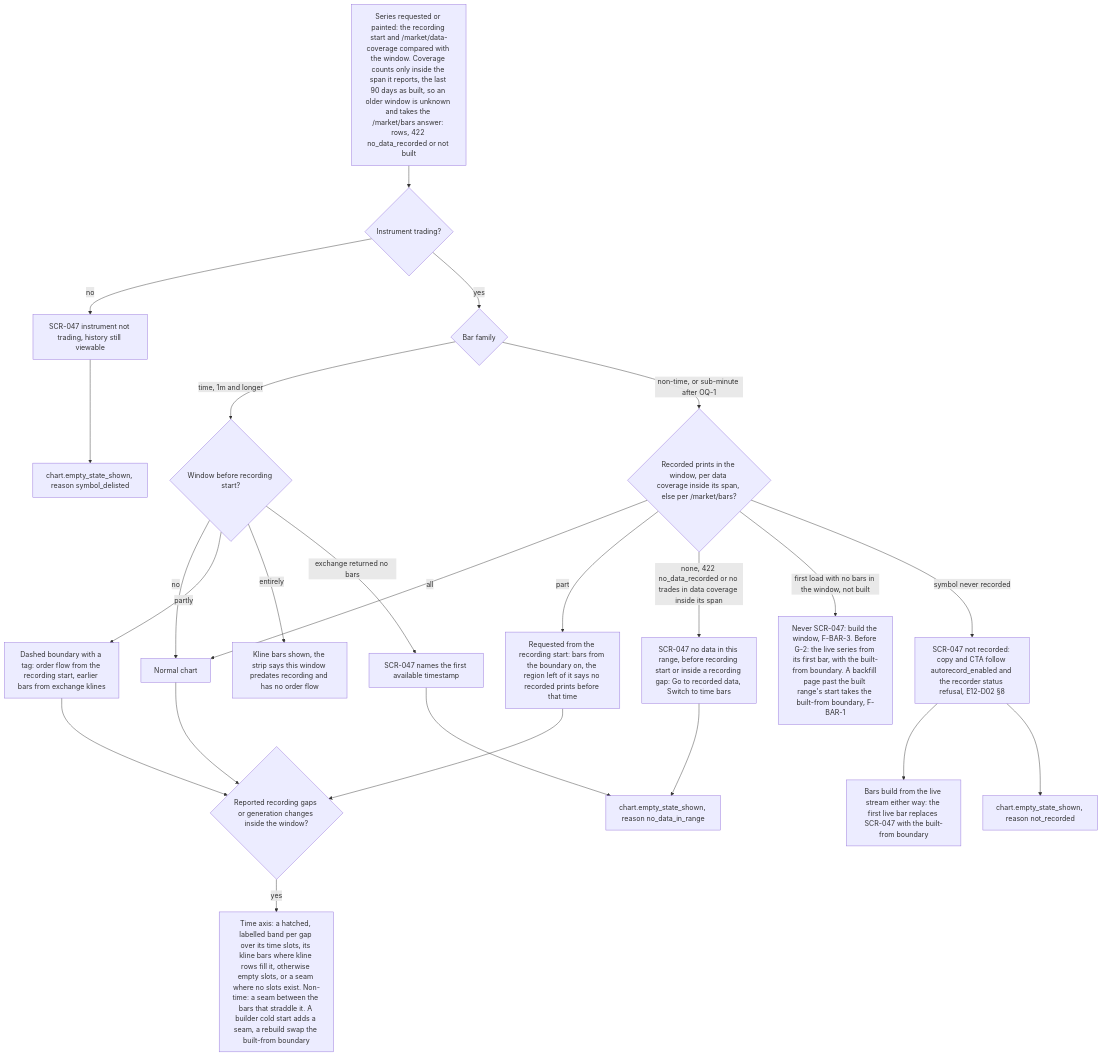
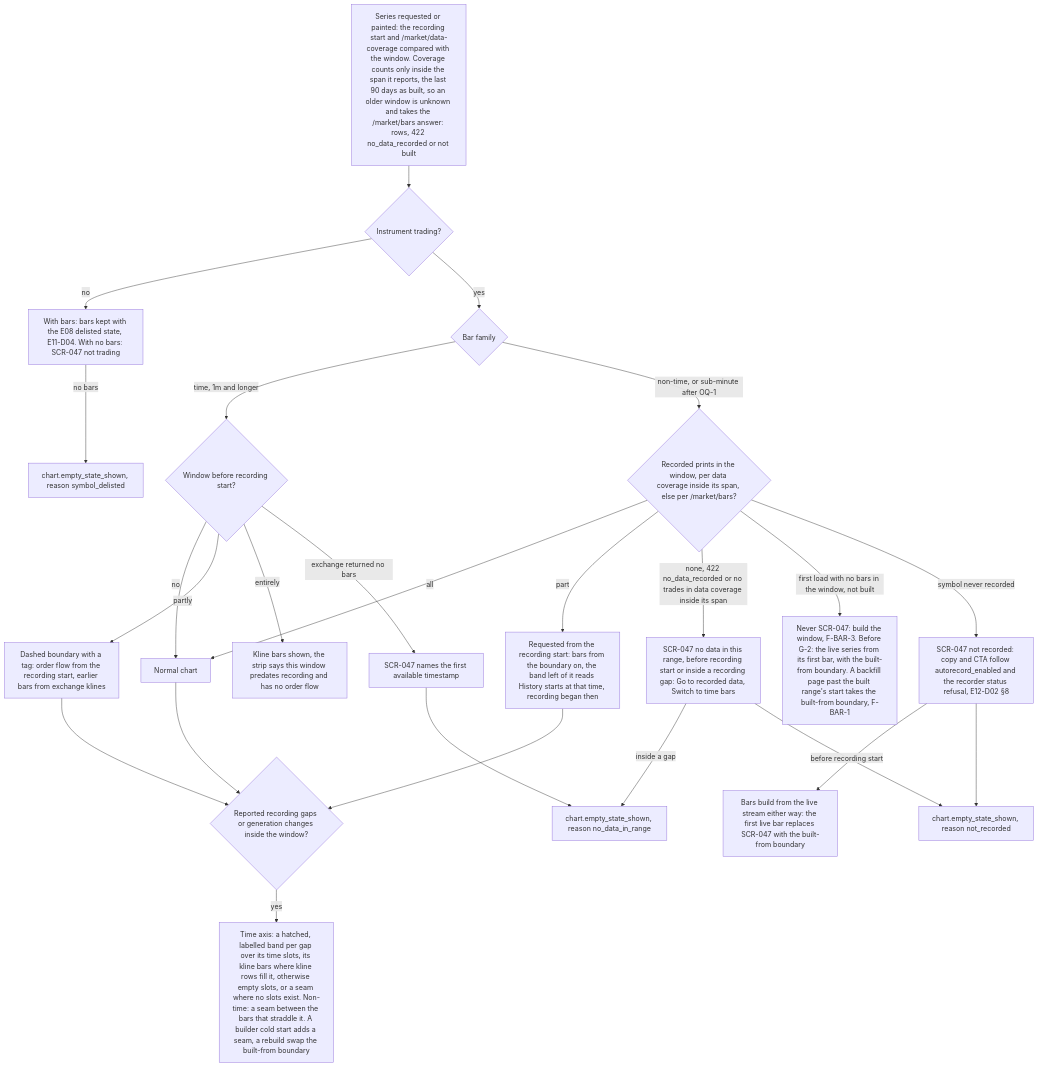
One commit to CandleViewer/CandleViewer changed diagram 30 of 30 in docs/plan/13-user-flows.md. Above: the diagram before and after it, drawn with Mermaid. The commit also changed other lines of this file and 1 other file, not shown here.

First line of the commit message:
docs(chart-engine): fold the boards round into the F-BAR flows and SCR-030 matrix

````diff
--- a/docs/plan/13-user-flows.md
+++ b/docs/plan/13-user-flows.md
@@ -885,26 +885,27 @@
 ```mermaid
 flowchart TD
   A5["Series requested or painted: the recording start and /market/data-coverage compared with the window. Coverage counts only inside the span it reports, the last 90 days as built, so an older window is unknown and takes the /market/bars answer: rows, 422 no_data_recorded or not built"] --> Z5{"Instrument trading?"}
-  Z5 -->|no| L5["SCR-047 instrument not trading, history still viewable"]
+  Z5 -->|no| L5["With bars: bars kept with the E08 delisted state, E11-D04. With no bars: SCR-047 not trading"]
   Z5 -->|yes| B5{"Bar family"}
   B5 -->|time, 1m and longer| C5{"Window before recording start?"}
   C5 -->|no| D5["Normal chart"]
   C5 -->|partly| E5["Dashed boundary with a tag: order flow from the recording start, earlier bars from exchange klines"]
   C5 -->|entirely| F5["Kline bars shown, the strip says this window predates recording and has no order flow"]
   C5 -->|exchange returned no bars| M5["SCR-047 names the first available timestamp"]
   B5 -->|non-time, or sub-minute after OQ-1| G5{"Recorded prints in the window, per data coverage inside its span, else per /market/bars?"}
   G5 -->|all| D5
-  G5 -->|part| H5["Requested from the recording start: bars from the boundary on, the region left of it says no recorded prints before that time"]
+  G5 -->|part| H5["Requested from the recording start: bars from the boundary on, the band left of it reads History starts at that time, recording began then"]
   G5 -->|none, 422 no_data_recorded or no trades in data coverage inside its span| I5["SCR-047 no data in this range, before recording start or inside a recording gap: Go to recorded data, Switch to time bars"]
   G5 -->|first load with no bars in the window, not built| Q5["Never SCR-047: build the window, F-BAR-3. Before G-2: the live series from its first bar, with the built-from boundary. A backfill page past the built range's start takes the built-from boundary, F-BAR-1"]
   G5 -->|symbol never recorded| J5["SCR-047 not recorded: copy and CTA follow autorecord_enabled and the recorder status refusal, E12-D02 §8"]
   J5 --> K5["Bars build from the live stream either way: the first live bar replaces SCR-047 with the built-from boundary"]
   D5 --> R5{"Reported recording gaps or generation changes inside the window?"}
   E5 --> R5
   H5 --> R5
   R5 -->|yes| S5["Time axis: a hatched, labelled band per gap over its time slots, its kline bars where kline rows fill it, otherwise empty slots, or a seam where no slots exist. Non-time: a seam between the bars that straddle it. A builder cold start adds a seam, a rebuild swap the built-from boundary"]
-  I5 --> N5["chart.empty_state_shown, reason no_data_in_range"]
+  I5 -->|inside a gap| N5["chart.empty_state_shown, reason no_data_in_range"]
+  I5 -->|before recording start| O5
   M5 --> N5
   J5 --> O5["chart.empty_state_shown, reason not_recorded"]
-  L5 --> P5["chart.empty_state_shown, reason symbol_delisted"]
+  L5 -->|no bars| P5["chart.empty_state_shown, reason symbol_delisted"]
 ```
````
